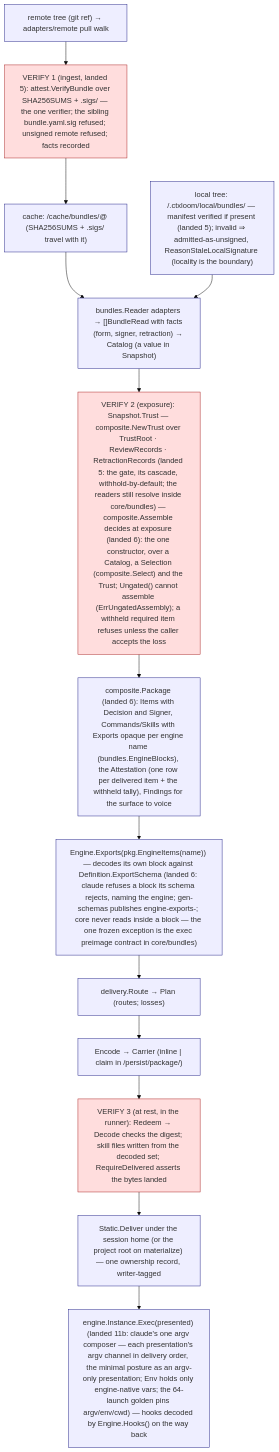
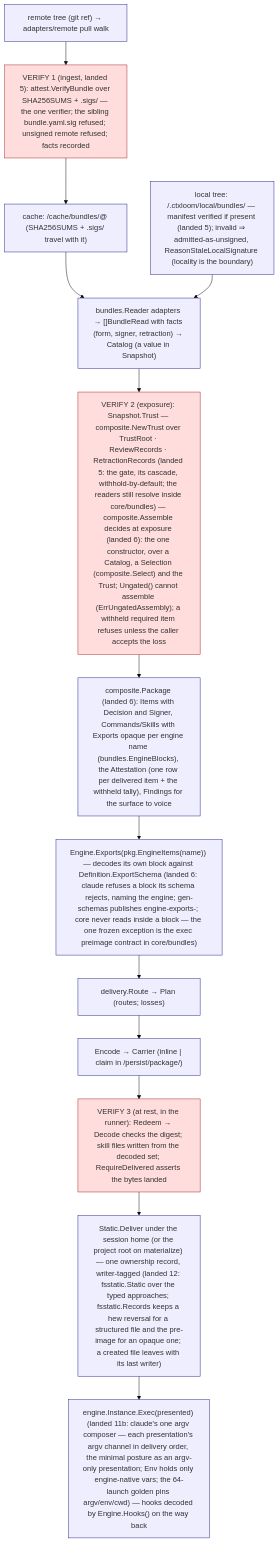
Before and after one commit to ctxloom/ctxloom: the fifth of 5 diagrams in docs/architecture/audit-2026-09-18/30-decided-architecture.md, drawn with Mermaid (base theme). The commit also changed other lines of this file and 3 other files, not shown here.

First line of the commit message:
fix(fsstatic): a file an approach writes OUTSIDE the target's roots is its own state (claude's MCP approach keeps a hew record under the home) — written through as written, never a delivered file the record owns

````diff
--- a/docs/architecture/audit-2026-09-18/30-decided-architecture.md
+++ b/docs/architecture/audit-2026-09-18/30-decided-architecture.md
@@ -3198,21 +3199,21 @@
 ```mermaid
 flowchart TB
   classDef v fill:#fdd,stroke:#a22
   classDef s fill:#eef,stroke:#228
   R["remote tree (git ref) → adapters/remote pull walk"]:::s
   V1["VERIFY 1 (ingest, landed 5): attest.VerifyBundle over SHA256SUMS + .sigs/ — the one verifier; the sibling bundle.yaml.sig refused; unsigned remote refused; facts recorded"]:::v
   C["cache: <app>/cache/bundles/<name>@<pin> (SHA256SUMS + .sigs/ travel with it)"]:::s
   L["local tree: <project>/.ctxloom/local/bundles/<name> — manifest verified if present (landed 5); invalid ⇒ admitted-as-unsigned, ReasonStaleLocalSignature (locality is the boundary)"]:::s
   RD["bundles.Reader adapters → []BundleRead with facts (form, signer, retraction) → Catalog (a value in Snapshot)"]:::s
   V2["VERIFY 2 (exposure): Snapshot.Trust — composite.NewTrust over TrustRoot · ReviewRecords · RetractionRecords (landed 5: the gate, its cascade, withhold-by-default; the readers still resolve inside core/bundles) — composite.Assemble decides at exposure (landed 6): the one constructor, over a Catalog, a Selection (composite.Select) and the Trust; Ungated() cannot assemble (ErrUngatedAssembly); a withheld required item refuses unless the caller accepts the loss"]:::v
   P["composite.Package (landed 6): Items with Decision and Signer, Commands/Skills with Exports opaque per engine name (bundles.EngineBlocks), the Attestation (one row per delivered item + the withheld tally), Findings for the surface to voice"]:::s
   E["Engine.Exports(pkg.EngineItems(name)) — decodes its own block against Definition.ExportSchema (landed 6: claude refuses a block its schema rejects, naming the engine; gen-schemas publishes engine-exports-<name>; core never reads inside a block — the one frozen exception is the exec preimage contract in core/bundles)"]:::s
   PL["delivery.Route → Plan (routes; losses)"]:::s
   ENC["Encode → Carrier (inline | claim in <harp>/persist/package/<digest>)"]:::s
   V3["VERIFY 3 (at rest, in the runner): Redeem → Decode checks the digest; skill files written from the decoded set; RequireDelivered asserts the bytes landed"]:::v
-  D["Static.Deliver under the session home (or the project root on materialize) — one ownership record, writer-tagged"]:::s
+  D["Static.Deliver under the session home (or the project root on materialize) — one ownership record, writer-tagged (landed 12: fsstatic.Static over the typed approaches; fsstatic.Records keeps a hew reversal for a structured file and the pre-image for an opaque one; a created file leaves with its last writer)"]:::s
   X["engine.Instance.Exec(presented) (landed 11b: claude's one argv composer — each presentation's argv channel in delivery order, the minimal posture as an argv-only presentation; Env holds only engine-native vars; the 64-launch golden pins argv/env/cwd) — hooks decoded by Engine.Hooks() on the way back"]:::s
   R --> V1 --> C --> RD
   L --> RD
   RD --> V2 --> P --> E --> PL --> ENC --> V3 --> D --> X
 ```
````
